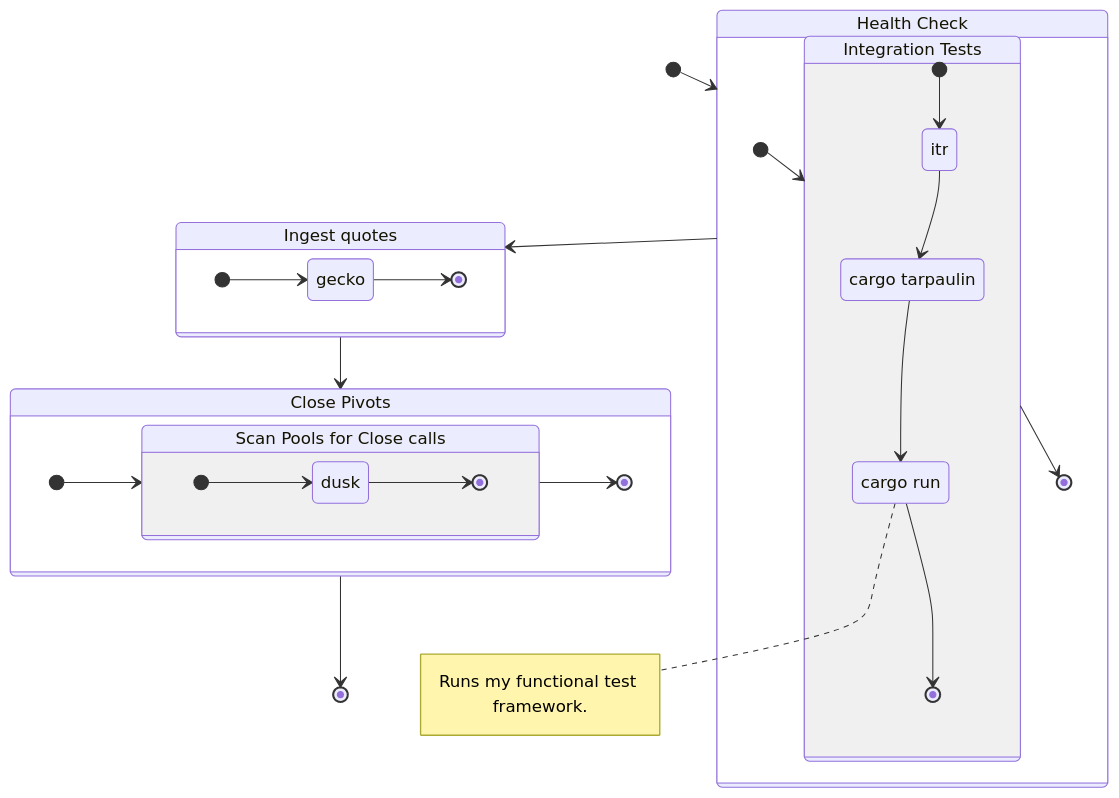
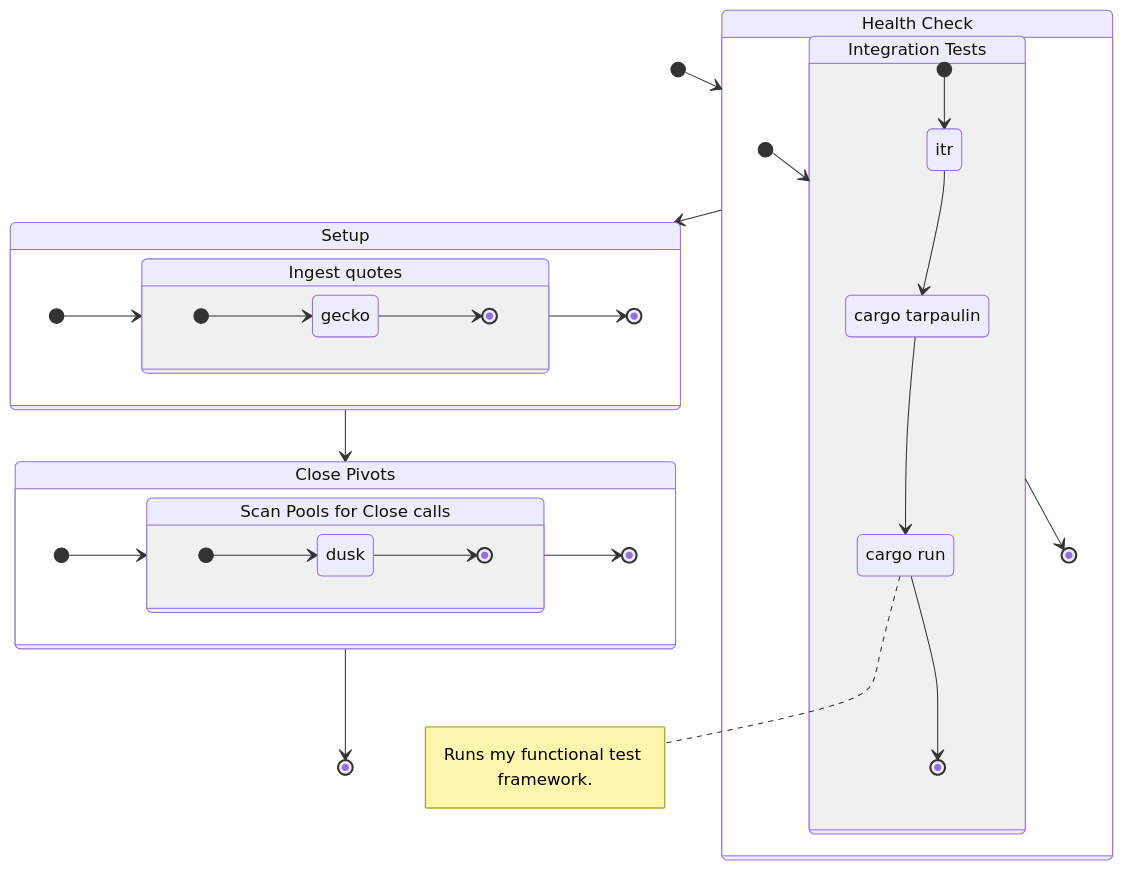
One commit to pivoteur/protocol changed the diagram in dapps/README.md. Above: the diagram before and after it, drawn with Mermaid.

Commit message:
Moved Quotes to Setup

````diff
--- a/dapps/README.md
+++ b/dapps/README.md
@@ -5,49 +5,56 @@
 ```mermaid
 stateDiagram-v2
    [*] --> Tests
-   Tests --> Quotes
-   Quotes --> Closes
+   Tests --> Setup
+   Setup --> Closes
    Closes --> [*]
 
    Tests: Health Check
    state Tests {
       direction LR
       [*] --> Integration
       Integration --> [*]
 
       Integration: Integration Tests
       state Integration {
+         direction LR
          Tarp: cargo tarpaulin
          Func: cargo run
          note right of Func
             Runs my functional test framework.
          end note
-         direction LR
          [*] --> itr
          itr --> Tarp
          Tarp --> Func
          Func --> [*]
       }
    }
 
-   Quotes: Ingest quotes
-   state Quotes {
+   Setup: Setup
+   state Setup {
       direction LR
-      [*] --> gecko
-      gecko --> [*]
+      [*] --> Quotes
+      Quotes --> [*]
+
+      Quotes: Ingest quotes
+      state Quotes {
+         direction LR
+         [*] --> gecko
+         gecko --> [*]
+      }
    }
 
    Closes: Close Pivots
    state Closes {
       direction LR
       [*] --> Scan
       Scan --> [*]
 
       Scan: Scan Pools for Close calls
       state Scan {
          direction LR
          [*] --> dusk
          dusk --> [*]
       }
    }
 ```
````
